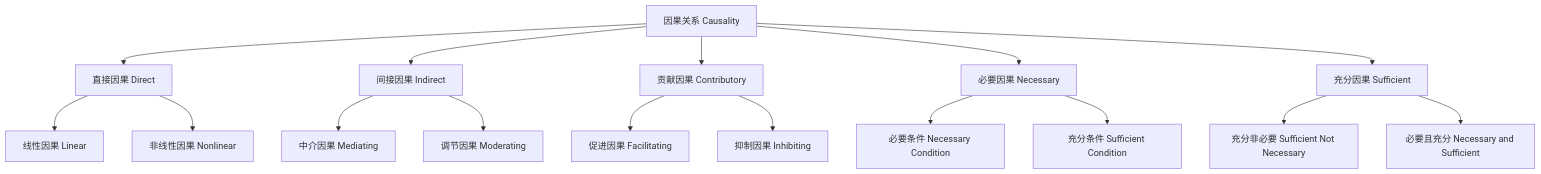
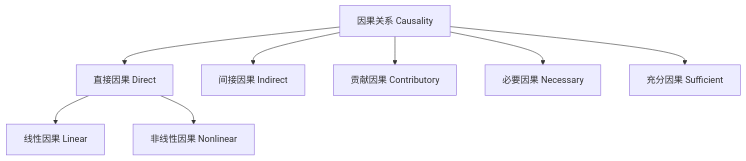
One commit to AdaMartin18010/FormalScience changed the diagram in docs/Refactor/08_Philosophy_Science/01_Metaphysics/03_Causality/04_Causality_Theory.md. Above: the diagram before and after it, drawn with Mermaid. The commit also changed other lines of this file and 74 other files, not shown here.

````diff
--- a/docs/Refactor/08_Philosophy_Science/01_Metaphysics/03_Causality/04_Causality_Theory.md
+++ b/docs/Refactor/08_Philosophy_Science/01_Metaphysics/03_Causality/04_Causality_Theory.md
@@ -191,23 +198,10 @@
 ```mermaid
 graph TD
     A[因果关系 Causality] --> B[直接因果 Direct]
     A --> C[间接因果 Indirect]
     A --> D[贡献因果 Contributory]
     A --> E[必要因果 Necessary]
     A --> F[充分因果 Sufficient]
-    
     B --> B1[线性因果 Linear]
     B --> B2[非线性因果 Nonlinear]
-    
-    C --> C1[中介因果 Mediating]
-    C --> C2[调节因果 Moderating]
-    
-    D --> D1[促进因果 Facilitating]
-    D --> D2[抑制因果 Inhibiting]
-    
-    E --> E1[必要条件 Necessary Condition]
-    E --> E2[充分条件 Sufficient Condition]
-    
-    F --> F1[充分非必要 Sufficient Not Necessary]
-    F --> F2[必要且充分 Necessary and Sufficient]
 ```
````
